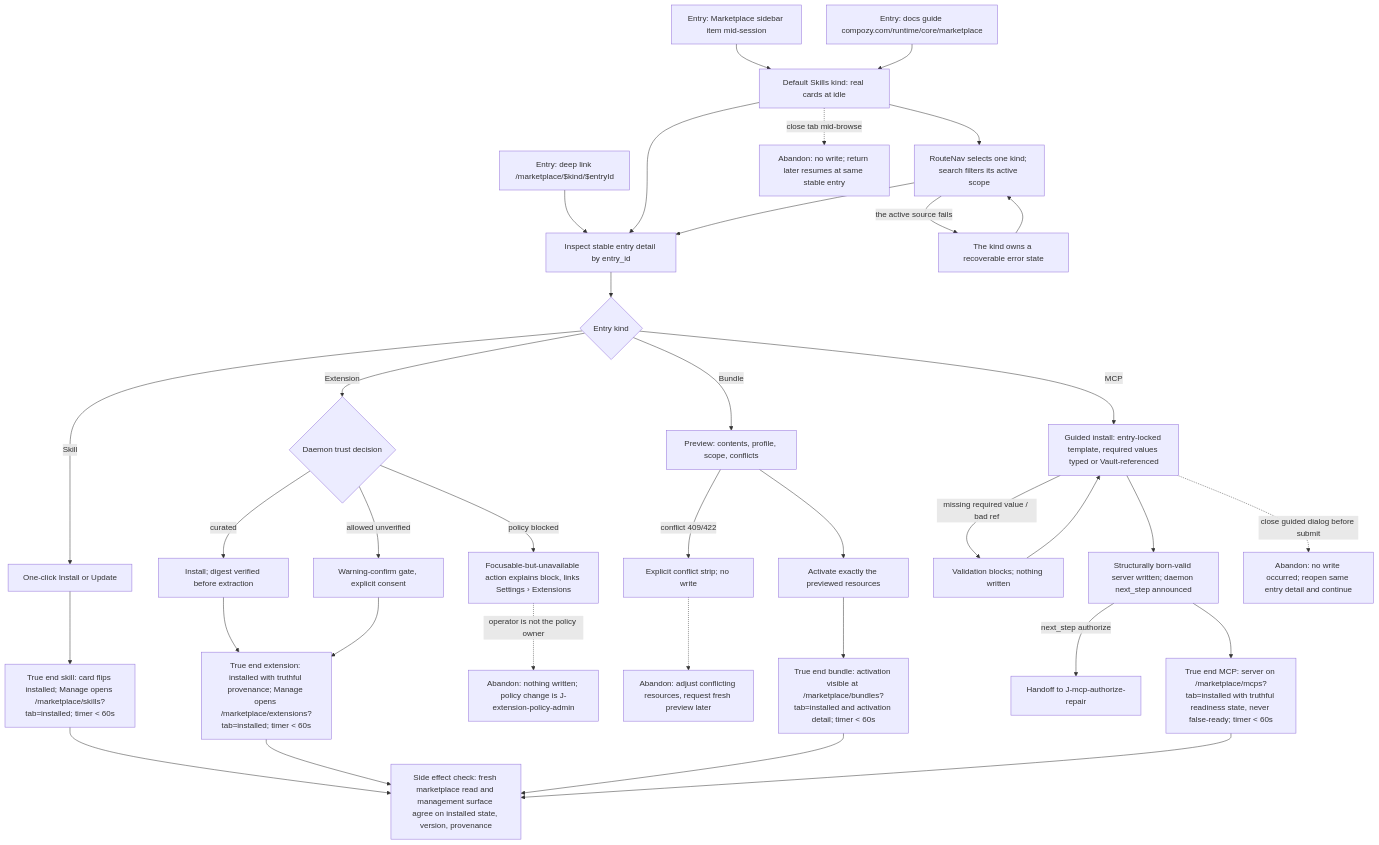
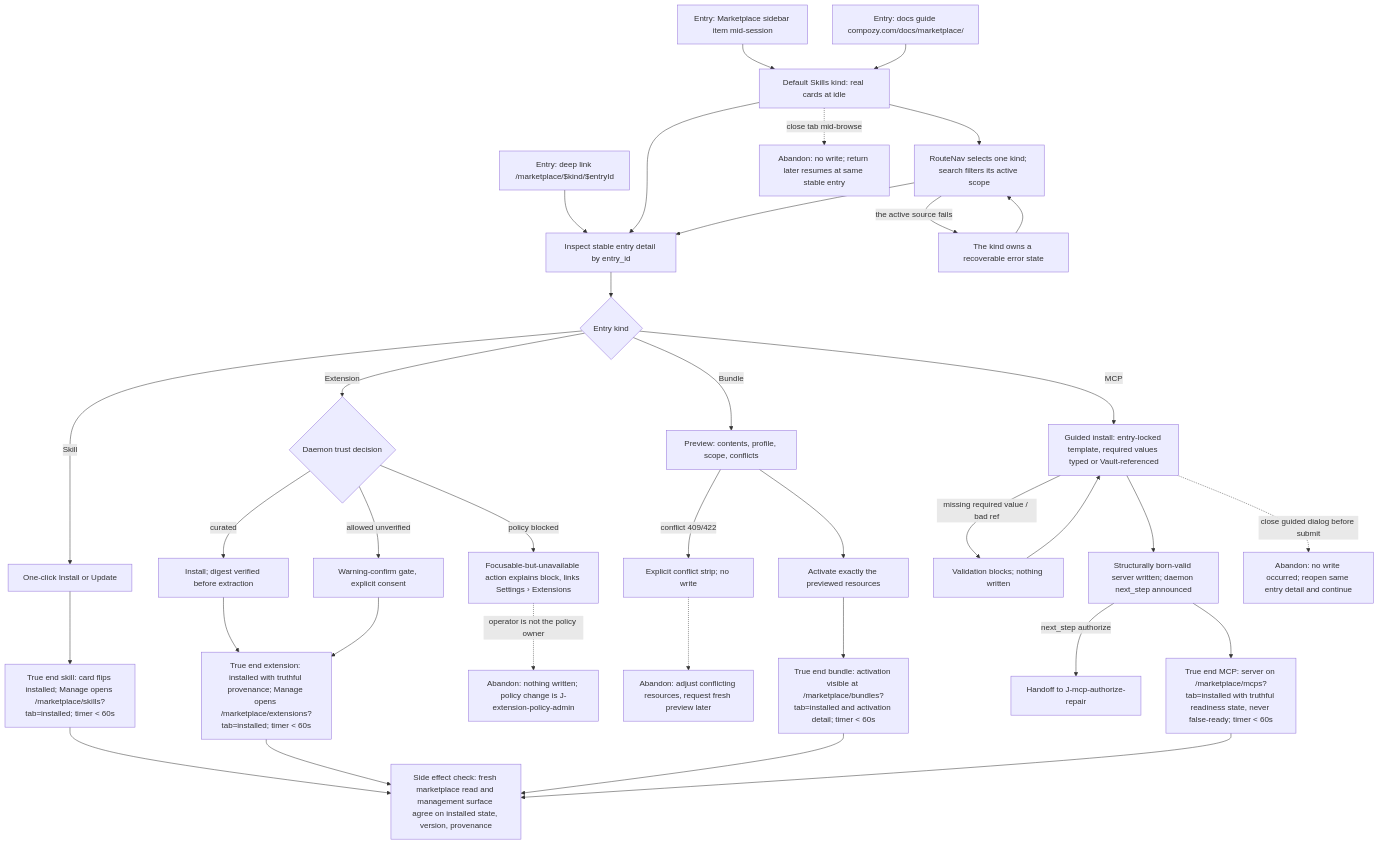
The diagram in docs/qa/journeys/J-marketplace-acquisition.md (compozy/compozy), drawn with Mermaid before and after one commit. The commit also changed other lines of this file and 583 other files, not shown here.

````diff
--- a/docs/qa/journeys/J-marketplace-acquisition.md
+++ b/docs/qa/journeys/J-marketplace-acquisition.md
@@ -5,38 +5,38 @@
 ```mermaid
 flowchart TD
   A[Entry: Marketplace sidebar item mid-session] --> B[Default Skills kind: real cards at idle]
   A2[Entry: deep link /marketplace/$kind/$entryId] --> D
-  A3[Entry: docs guide compozy.com/runtime/core/marketplace] --> B
+  A3[Entry: docs guide compozy.com/docs/marketplace/] --> B
   B --> C[RouteNav selects one kind; search filters its active scope]
   C -->|the active source fails| C2[The kind owns a recoverable error state]
   C2 --> C
   B --> D[Inspect stable entry detail by entry_id]
   C --> D
   D --> E{Entry kind}
   E -->|Skill| F[One-click Install or Update]
   F --> F2[True end skill: card flips installed; Manage opens /marketplace/skills?tab=installed; timer < 60s]
   E -->|Extension| G{Daemon trust decision}
   G -->|curated| G1[Install; digest verified before extraction]
   G -->|policy blocked| G2[Focusable-but-unavailable action explains block, links Settings › Extensions]
   G -->|allowed unverified| G3[Warning-confirm gate, explicit consent]
   G1 --> G4[True end extension: installed with truthful provenance; Manage opens /marketplace/extensions?tab=installed; timer < 60s]
   G3 --> G4
   G2 -.->|operator is not the policy owner| X2[Abandon: nothing written; policy change is J-extension-policy-admin]
   E -->|Bundle| H[Preview: contents, profile, scope, conflicts]
   H -->|conflict 409/422| H2[Explicit conflict strip; no write]
   H2 -.-> X3[Abandon: adjust conflicting resources, request fresh preview later]
   H --> H3[Activate exactly the previewed resources]
   H3 --> H4[True end bundle: activation visible at /marketplace/bundles?tab=installed and activation detail; timer < 60s]
   E -->|MCP| I[Guided install: entry-locked template, required values typed or Vault-referenced]
   I -->|missing required value / bad ref| I2[Validation blocks; nothing written]
   I2 --> I
   I --> I3[Structurally born-valid server written; daemon next_step announced]
   I3 -->|next_step authorize| I4[Handoff to J-mcp-authorize-repair]
   I3 --> I5[True end MCP: server on /marketplace/mcps?tab=installed with truthful readiness state, never false-ready; timer < 60s]
   B -.->|close tab mid-browse| X1[Abandon: no write; return later resumes at same stable entry]
   I -.->|close guided dialog before submit| X4[Abandon: no write occurred; reopen same entry detail and continue]
   F2 --> Z[Side effect check: fresh marketplace read and management surface agree on installed state, version, provenance]
   G4 --> Z
   H4 --> Z
   I5 --> Z
 ```
````
